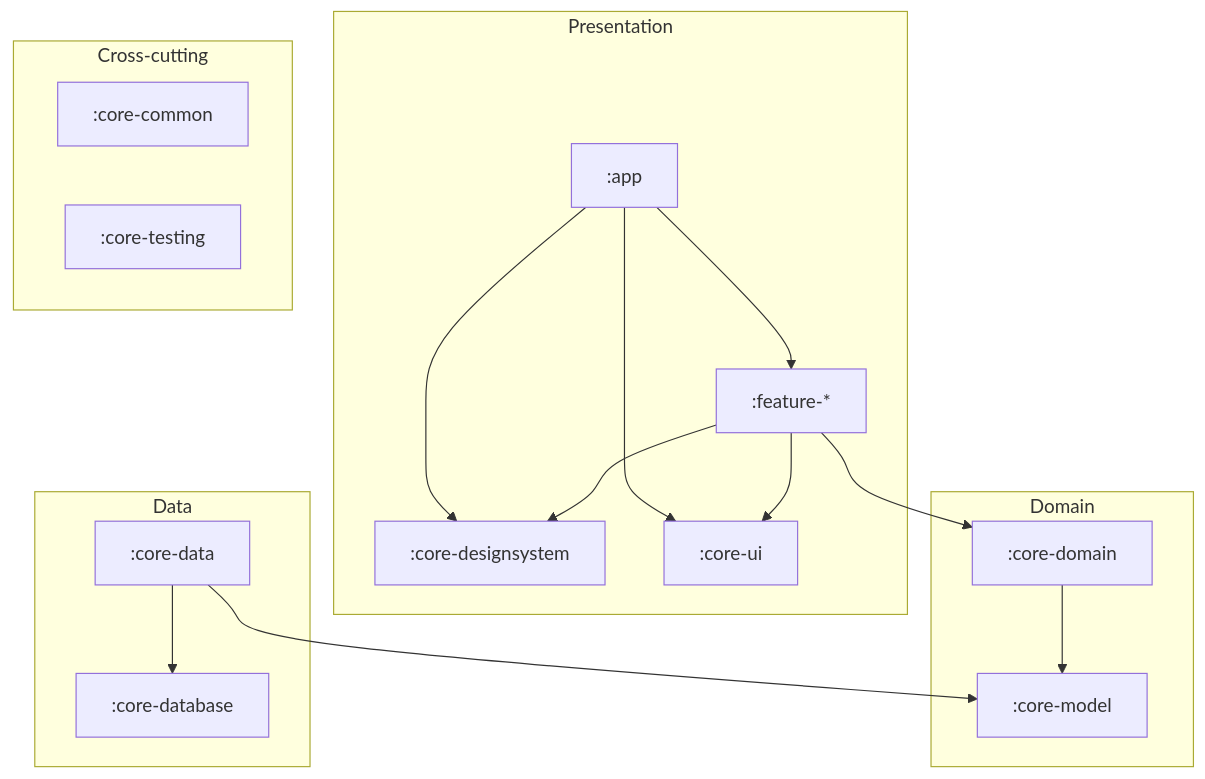
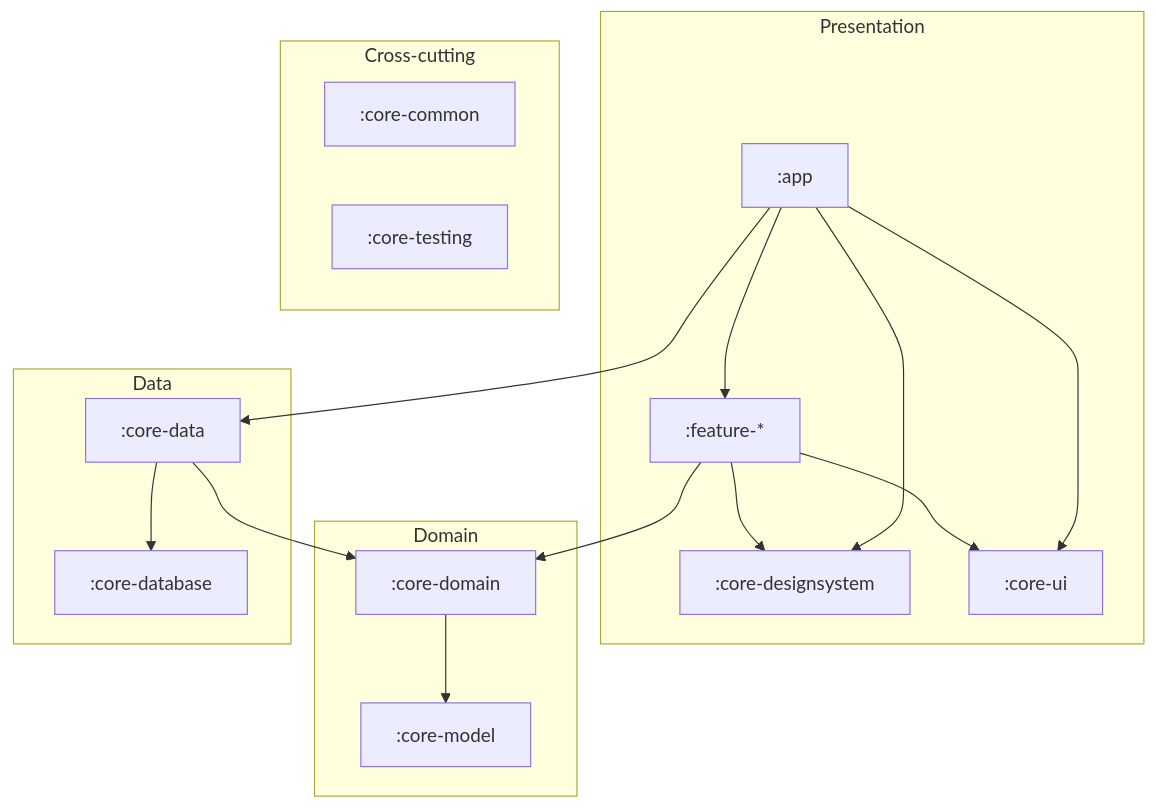
Before and after one commit to Tarek-Bohdima/ConsultMe: the first of 2 diagrams in ARCHITECTURE.md, drawn with Mermaid. The commit also changed other lines of this file and 33 other files, not shown here.

First line of the commit message:
feat: end-to-end vertical slice through the layered architecture (#227)

````diff
--- a/ARCHITECTURE.md
+++ b/ARCHITECTURE.md
@@ -7,31 +7,32 @@
 ```mermaid
 graph TD
     subgraph Presentation
         APP[":app"]
         FEAT[":feature-*"]
         DS[":core-designsystem"]
         UI[":core-ui"]
     end
     subgraph Domain
         DOM[":core-domain"]
         MOD[":core-model"]
     end
     subgraph Data
         DAT[":core-data"]
         DB[":core-database"]
     end
     subgraph Cross-cutting
         COM[":core-common"]
         TST[":core-testing"]
     end
 
     APP --> FEAT
     APP --> DS
     APP --> UI
+    APP --> DAT
     FEAT --> DS
     FEAT --> UI
     FEAT --> DOM
     DOM --> MOD
+    DAT --> DOM
     DAT --> DB
-    DAT --> MOD
 ```
````
